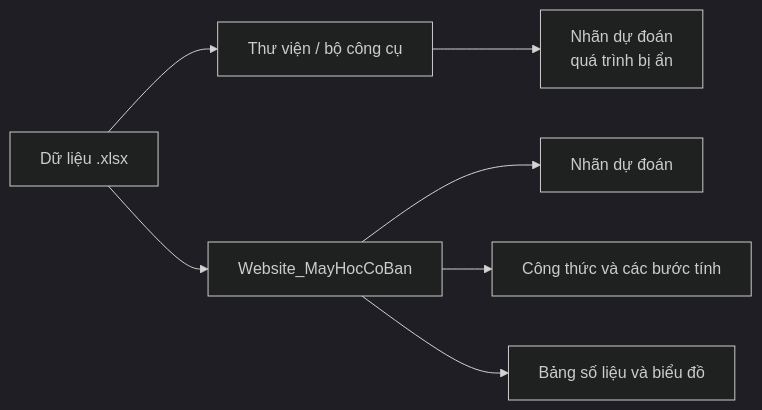
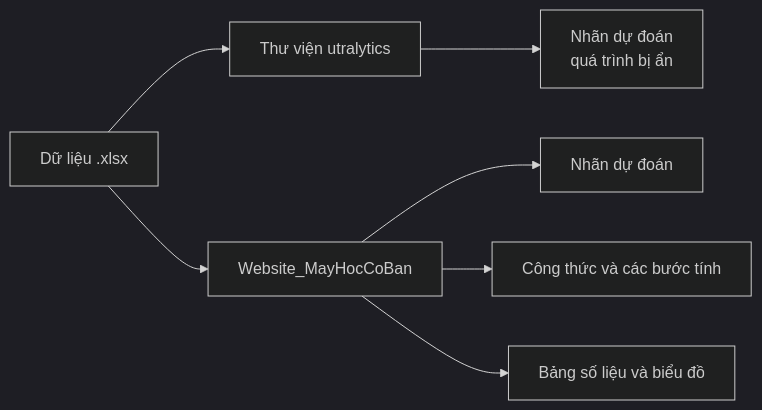
One commit to huynhthanhphong231004IT/Website_MayHocCoBan changed the first of 5 diagrams in README.md. Above: the diagram before and after it, drawn with Mermaid (dark theme).

````diff
--- a/README.md
+++ b/README.md
@@ -27,9 +27,9 @@
 ```mermaid
 flowchart LR
-    D[Dữ liệu .xlsx] --> A[Thư viện / bộ công cụ]
+    D[Dữ liệu .xlsx] --> A[Thư viện utralytics]
     A --> B[Nhãn dự đoán<br/>quá trình bị ẩn]
     D --> C[Website_MayHocCoBan]
     C --> E[Nhãn dự đoán]
     C --> F[Công thức và các bước tính]
     C --> G[Bảng số liệu và biểu đồ]
 ```
````
